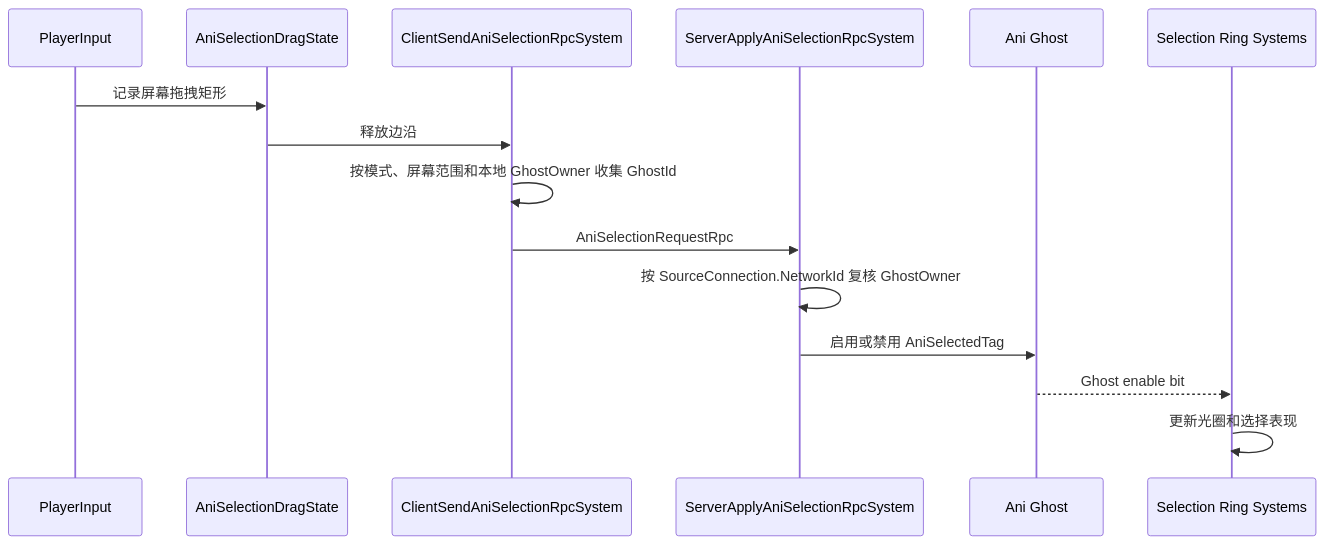
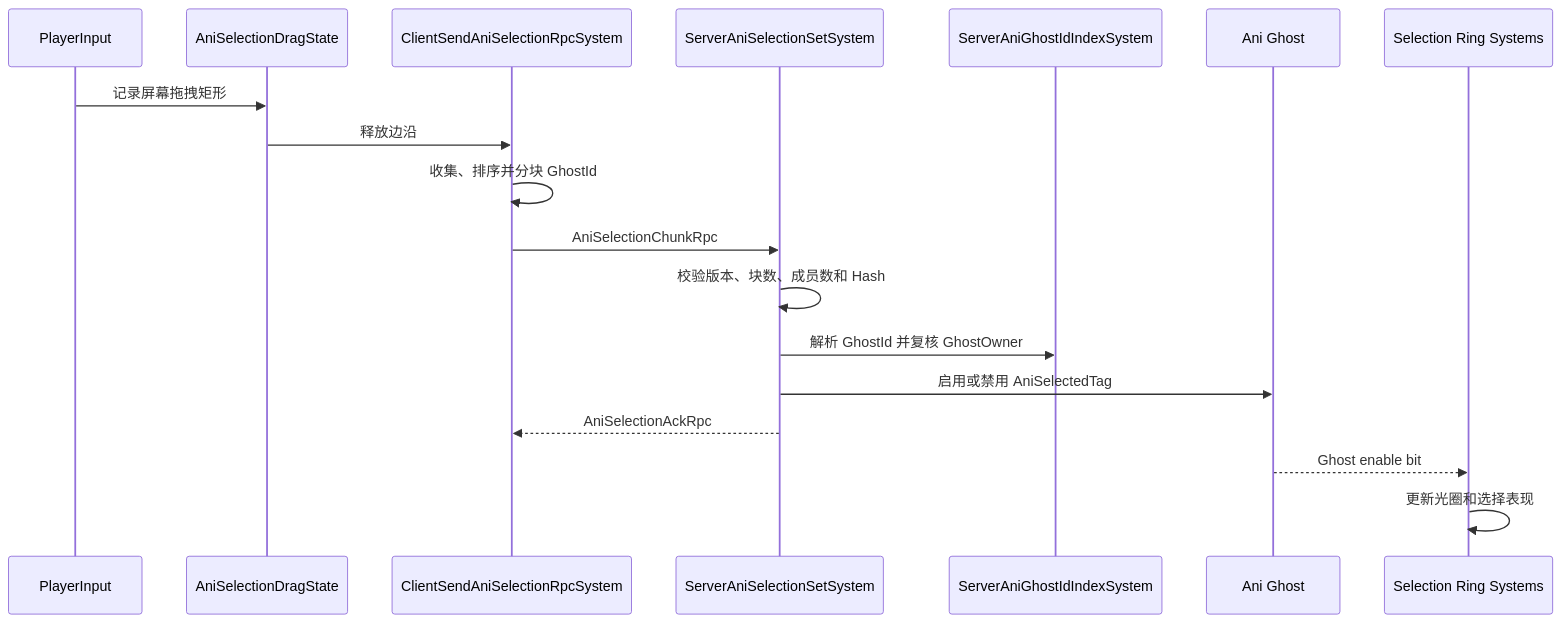
The second of 7 diagrams in docs/Architecture/05_GameplayFlows.md (mcaswen/AnimarsCatcher), drawn with Mermaid before and after one commit. The commit also changed other lines of this file and 34 other files, not shown here.

````diff
--- a/docs/Architecture/05_GameplayFlows.md
+++ b/docs/Architecture/05_GameplayFlows.md
@@ -40,18 +40,21 @@
 ```mermaid
 sequenceDiagram
     participant Input as PlayerInput
     participant Drag as AniSelectionDragState
     participant Client as ClientSendAniSelectionRpcSystem
-    participant Server as ServerApplyAniSelectionRpcSystem
+    participant Server as ServerAniSelectionSetSystem
+    participant Index as ServerAniGhostIdIndexSystem
     participant Ani as Ani Ghost
     participant View as Selection Ring Systems
 
     Input->>Drag: 记录屏幕拖拽矩形
     Drag->>Client: 释放边沿
-    Client->>Client: 按模式、屏幕范围和本地 GhostOwner 收集 GhostId
-    Client->>Server: AniSelectionRequestRpc
-    Server->>Server: 按 SourceConnection.NetworkId 复核 GhostOwner
+    Client->>Client: 收集、排序并分块 GhostId
+    Client->>Server: AniSelectionChunkRpc
+    Server->>Server: 校验版本、块数、成员数和 Hash
+    Server->>Index: 解析 GhostId 并复核 GhostOwner
     Server->>Ani: 启用或禁用 AniSelectedTag
+    Server-->>Client: AniSelectionAckRpc
     Ani-->>View: Ghost enable bit
     View->>View: 更新光圈和选择表现
 ```
````
